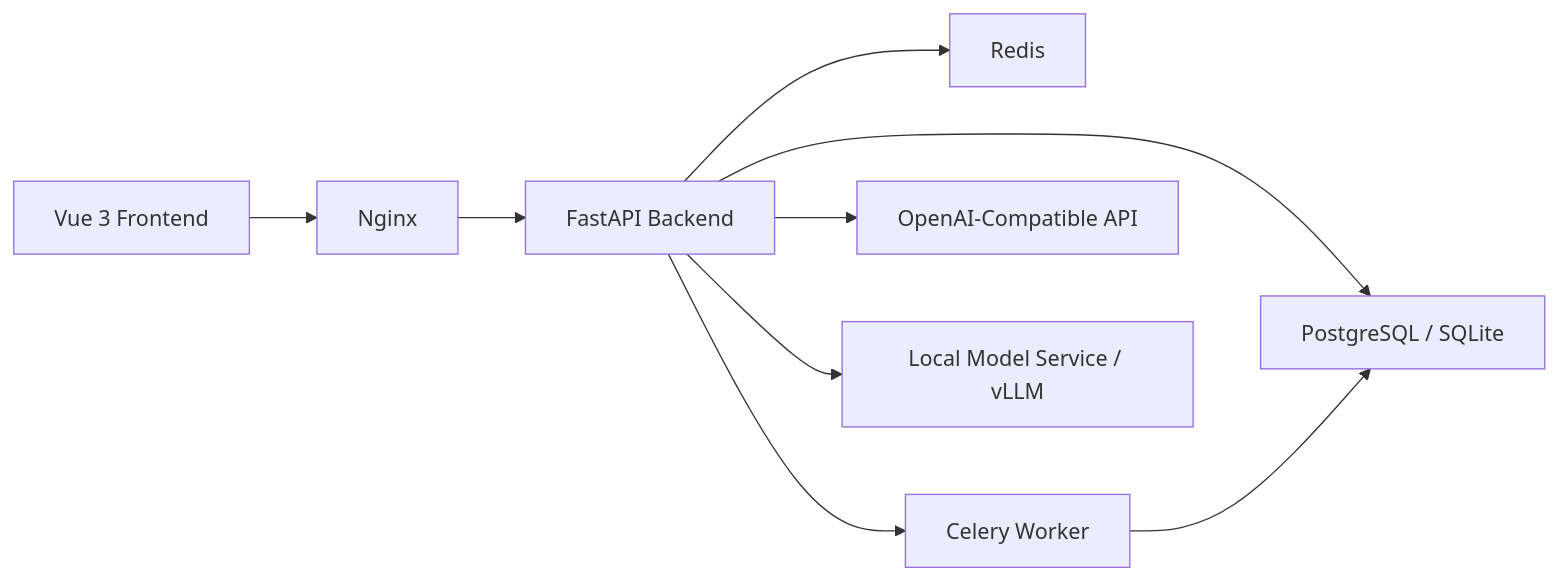
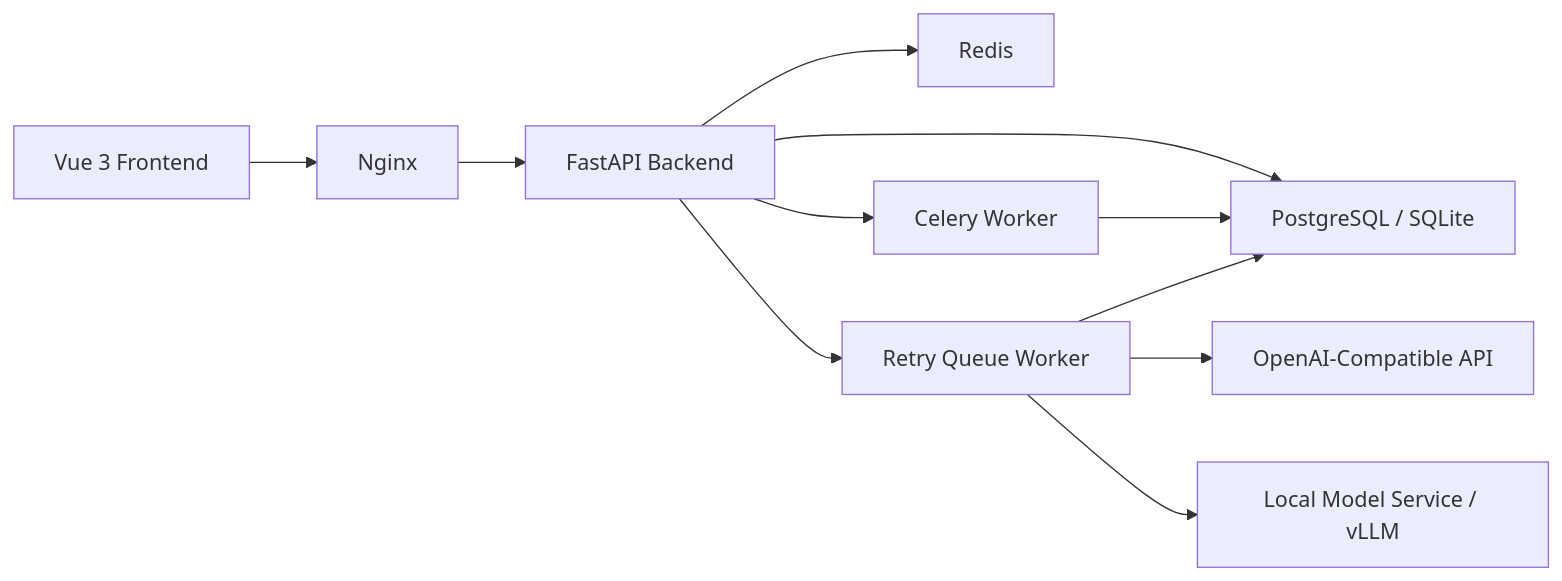
Before and after one commit to BoringZheng/Boring-Financial: the diagram in README.md, drawn with Mermaid. The commit also changed other lines of this file and 23 other files, not shown here.

````diff
--- a/README.md
+++ b/README.md
@@ -26,11 +26,13 @@
 ```mermaid
 flowchart LR
     U["Vue 3 Frontend"] --> N["Nginx"]
     N --> B["FastAPI Backend"]
     B --> P["PostgreSQL / SQLite"]
     B --> R["Redis"]
     B --> W["Celery Worker"]
+    B --> Q["Retry Queue Worker"]
     W --> P
-    B --> A["OpenAI-Compatible API"]
-    B --> M["Local Model Service / vLLM"]
+    Q --> P
+    Q --> A["OpenAI-Compatible API"]
+    Q --> M["Local Model Service / vLLM"]
 ```
````
